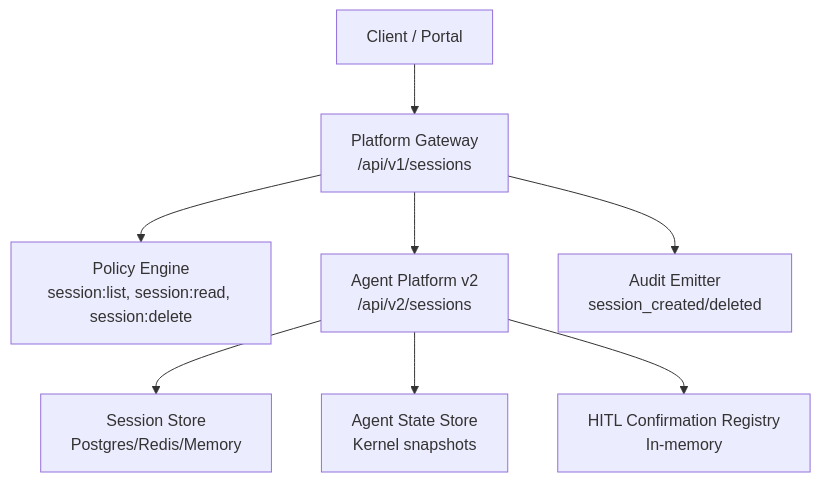
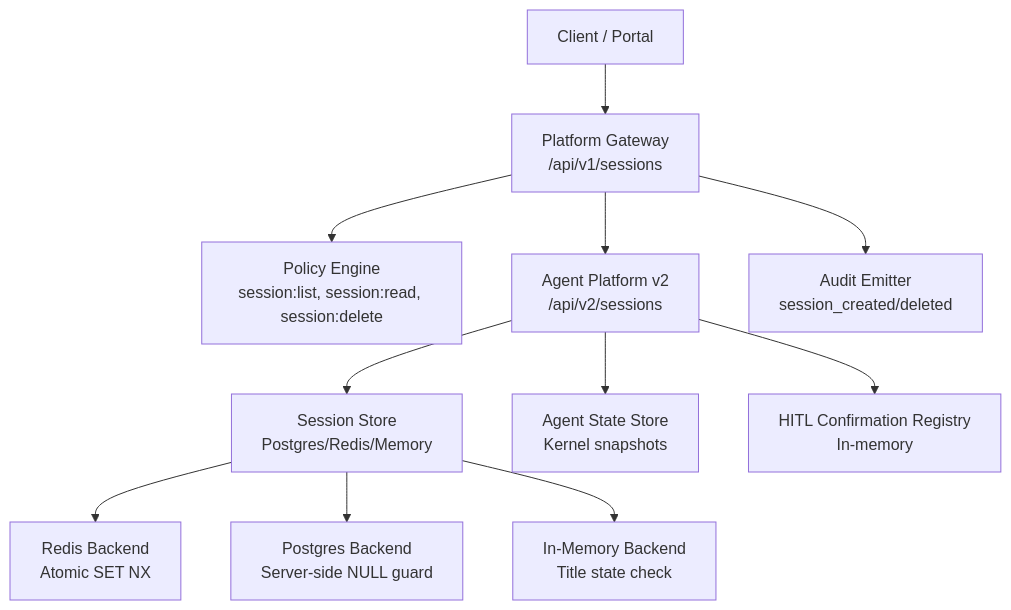
The first of 7 diagrams in .qoder/repowiki/en/content/Architecture Documentation/SPEC-022_ Multi-Session Operator Workspace.md (metasync/luban-aiops), drawn with Mermaid before and after one commit. The commit also changed other lines of this file and 13 other files, not shown here.

````diff
--- a/.qoder/repowiki/en/content/Architecture Documentation/SPEC-022_ Multi-Session Operator Workspace.md
+++ b/.qoder/repowiki/en/content/Architecture Documentation/SPEC-022_ Multi-Session Operator Workspace.md
@@ -63,10 +68,13 @@
 ```mermaid
 graph TB
 Client["Client / Portal"] --> Gateway["Platform Gateway<br/>/api/v1/sessions"]
 Gateway --> Policy["Policy Engine<br/>session:list, session:read, session:delete"]
 Gateway --> Agent["Agent Platform v2<br/>/api/v2/sessions"]
 Agent --> Store["Session Store<br/>Postgres/Redis/Memory"]
+Store --> Redis["Redis Backend<br/>Atomic SET NX"]
+Store --> Postgres["Postgres Backend<br/>Server-side NULL guard"]
+Store --> Memory["In-Memory Backend<br/>Title state check"]
 Agent --> State["Agent State Store<br/>Kernel snapshots"]
 Agent --> HITL["HITL Confirmation Registry<br/>In-memory"]
 Gateway --> Audit["Audit Emitter<br/>session_created/deleted"]
 ```
````
